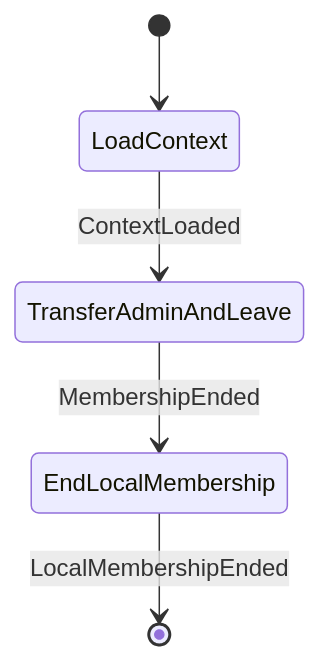
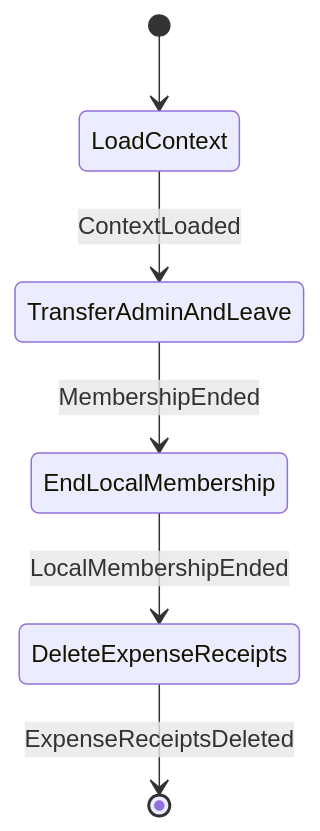
One commit to cbgm/Sparrow changed the seventh of 14 diagrams in docs/architecture/workflows/membership.md. Above: the diagram before and after it, drawn with Mermaid. The commit also changed other lines of this file and 61 other files, not shown here.

Commit message:
Add receipt functionality for close expenses, delete expense and edit expense

````diff
--- a/docs/architecture/workflows/membership.md
+++ b/docs/architecture/workflows/membership.md
@@ -166,7 +167,8 @@
 ```mermaid
 stateDiagram-v2
     [*] --> LoadContext
     LoadContext --> TransferAdminAndLeave : ContextLoaded
     TransferAdminAndLeave --> EndLocalMembership : MembershipEnded
-    EndLocalMembership --> [*] : LocalMembershipEnded
+    EndLocalMembership --> DeleteExpenseReceipts : LocalMembershipEnded
+    DeleteExpenseReceipts --> [*] : ExpenseReceiptsDeleted
 ```
````
